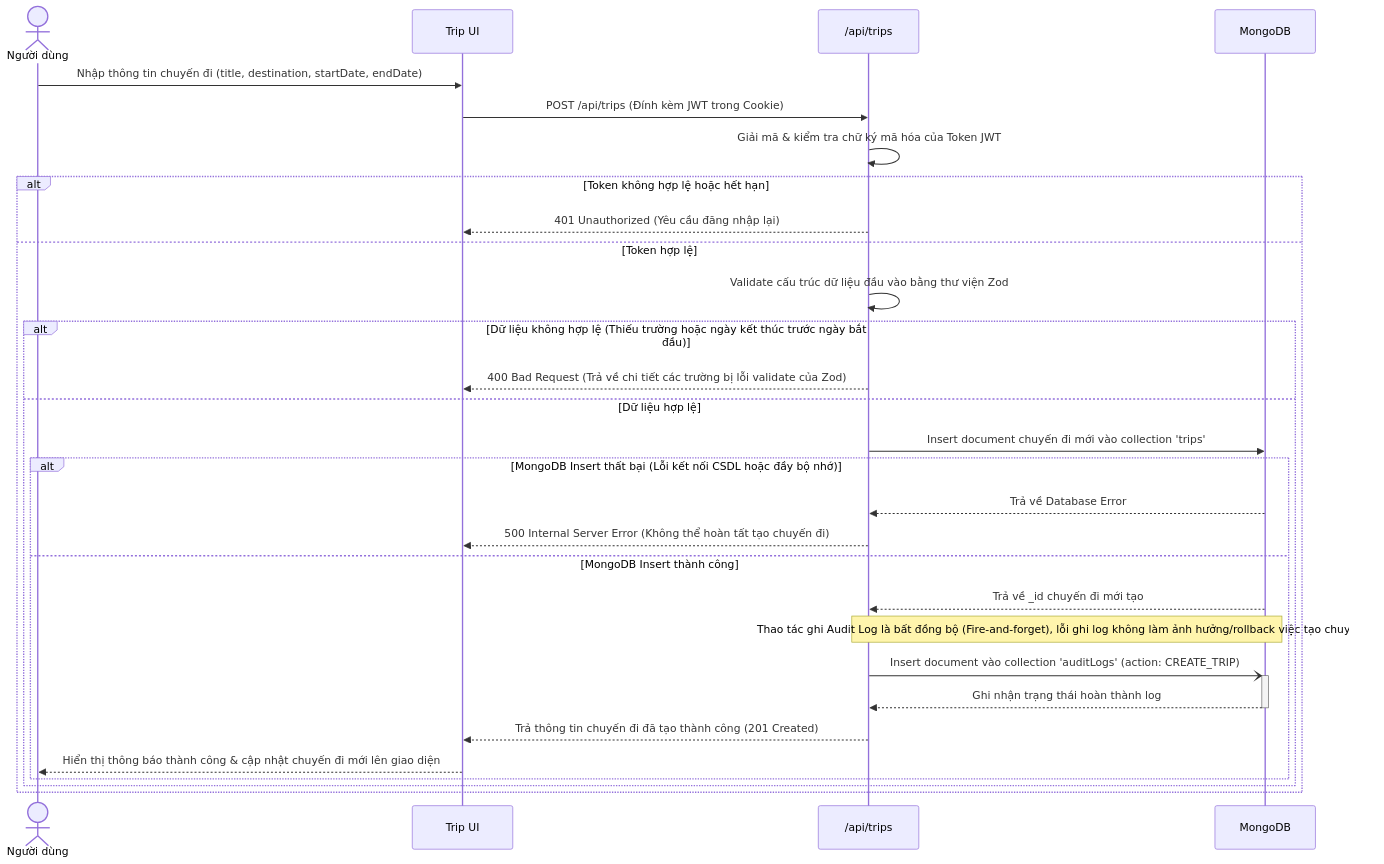
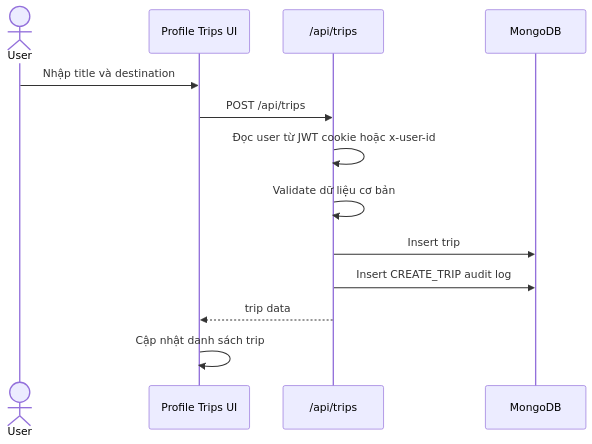
Before and after one commit to NguyenHoangPhuong275/dattcnpm: the fourth of 6 diagrams in docs/04_SEQUENCE.md, drawn with Mermaid. The commit also changed other lines of this file and 100 other files, not shown here.

Commit message:
feat: scaffold core project architecture with authentication, database, and profile management modules

````diff
--- a/docs/04_SEQUENCE.md
+++ b/docs/04_SEQUENCE.md
@@ -134,38 +98,16 @@
 ```mermaid
 sequenceDiagram
-    actor User as Người dùng
-    participant UI as Trip UI
+    actor User
+    participant UI as Profile Trips UI
     participant API as /api/trips
     participant Mongo as MongoDB
 
-    User->>UI: Nhập thông tin chuyến đi (title, destination, startDate, endDate)
-    UI->>API: POST /api/trips (Đính kèm JWT trong Cookie)
-    
-    API->>API: Giải mã & kiểm tra chữ ký mã hóa của Token JWT
-    
-    alt Token không hợp lệ hoặc hết hạn
-        API-->>UI: 401 Unauthorized (Yêu cầu đăng nhập lại)
-    else Token hợp lệ
-        API->>API: Validate cấu trúc dữ liệu đầu vào bằng thư viện Zod
-        
-        alt Dữ liệu không hợp lệ (Thiếu trường hoặc ngày kết thúc trước ngày bắt đầu)
-            API-->>UI: 400 Bad Request (Trả về chi tiết các trường bị lỗi validate của Zod)
-        else Dữ liệu hợp lệ
-            API->>Mongo: Insert document chuyến đi mới vào collection 'trips'
-            
-            alt MongoDB Insert thất bại (Lỗi kết nối CSDL hoặc đầy bộ nhớ)
-                Mongo-->>API: Trả về Database Error
-                API-->>UI: 500 Internal Server Error (Không thể hoàn tất tạo chuyến đi)
-            else MongoDB Insert thành công
-                Mongo-->>API: Trả về _id chuyến đi mới tạo
-                
-                Note over API,Mongo: Thao tác ghi Audit Log là bất đồng bộ (Fire-and-forget), lỗi ghi log không làm ảnh hưởng/rollback việc tạo chuyến đi
-                API-)+Mongo: Insert document vào collection 'auditLogs' (action: CREATE_TRIP)
-                Mongo-->>-API: Ghi nhận trạng thái hoàn thành log
-                
-                API-->>UI: Trả thông tin chuyến đi đã tạo thành công (201 Created)
-                UI-->>User: Hiển thị thông báo thành công & cập nhật chuyến đi mới lên giao diện
-            end
-        end
-    end
+    User->>UI: Nhập title và destination
+    UI->>API: POST /api/trips
+    API->>API: Đọc user từ JWT cookie hoặc x-user-id
+    API->>API: Validate dữ liệu cơ bản
+    API->>Mongo: Insert trip
+    API->>Mongo: Insert CREATE_TRIP audit log
+    API-->>UI: trip data
+    UI->>UI: Cập nhật danh sách trip
 ```
````
